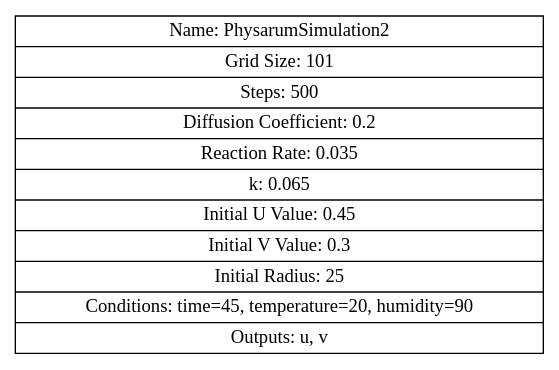
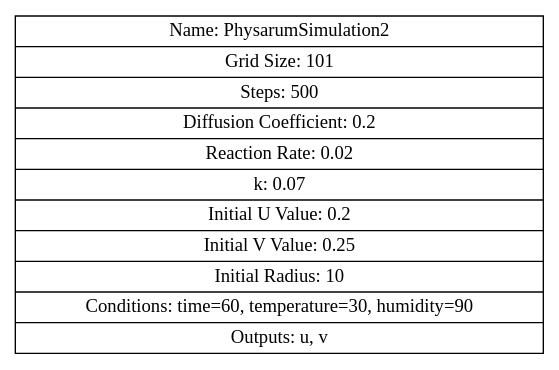
One commit to biokomputer/dsl changed the diagram in 22/physarum.dot. Above: the diagram before and after it, drawn with Graphviz. The commit also changed 8 other files, not shown here.

```diff
--- a/22/physarum.dot
+++ b/22/physarum.dot
@@ -1,17 +1,17 @@
 
     digraph G {
         node [shape=record];
         "Simulation" [label="{
             Name: PhysarumSimulation2 |
             Grid Size: 101 |
             Steps: 500 |
             Diffusion Coefficient: 0.2 |
-            Reaction Rate: 0.035 |
-            k: 0.065 |
-            Initial U Value: 0.45 |
-            Initial V Value: 0.3 |
-            Initial Radius: 25 |
-            Conditions: time=45, temperature=20, humidity=90 |
+            Reaction Rate: 0.02 |
+            k: 0.07 |
+            Initial U Value: 0.2 |
+            Initial V Value: 0.25 |
+            Initial Radius: 10 |
+            Conditions: time=60, temperature=30, humidity=90 |
             Outputs: u, v
         }"];
     }
```
